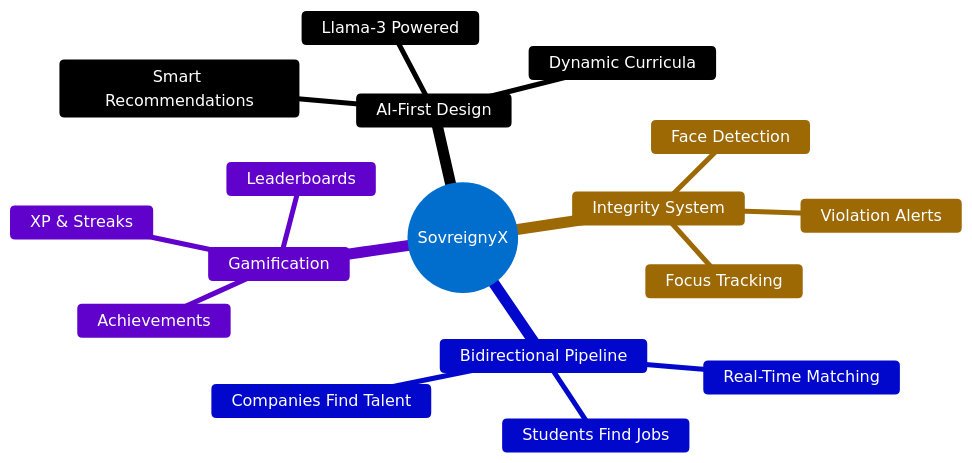
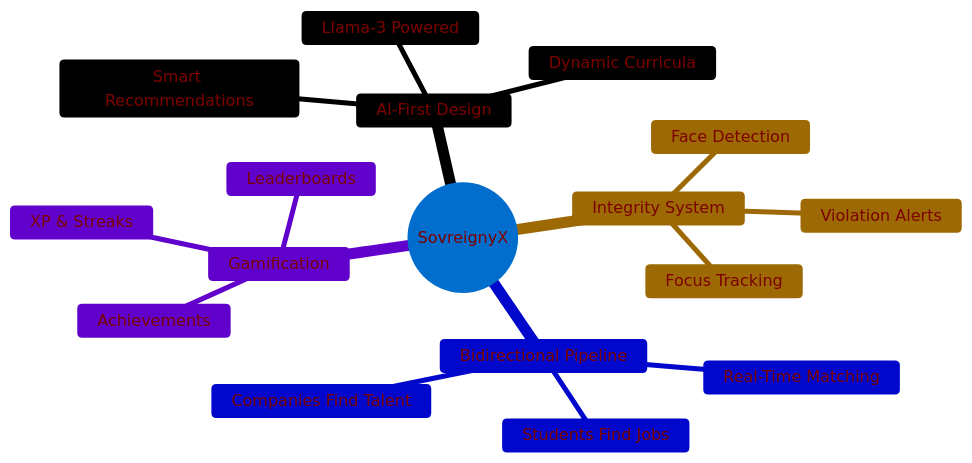
One commit to dhanasai2/SovreignyX_Final changed the first of 5 diagrams in README.md. Above: the diagram before and after it, drawn with Mermaid.

Commit message:
Modify Mermaid diagram theme variables
Updated theme variables in Mermaid diagram.

````diff
--- a/README.md
+++ b/README.md
@@ -169,21 +169,21 @@
 ```mermaid
-%%{init: {'theme':'base', 'themeVariables': { 'primaryColor':'#4facfe','primaryTextColor':'white','primaryBorderColor':'#7C0200','lineColor':'#F8B229','secondaryColor':'#006100','tertiaryColor':'#F8B229'}}}%%
+%%{init: {'theme':'base', 'themeVariables': { 'primaryColor':'#4facfe','primaryTextColor':'#7C0200','primaryBorderColor':'#7C0200','lineColor':'#F8B229','secondaryColor':'#006100','tertiaryColor':'#F8B229'}}}%%
 mindmap
   root((SovreignyX))
     AI-First Design
       Llama-3 Powered
       Dynamic Curricula
       Smart Recommendations
     Integrity System
       Face Detection
       Focus Tracking
       Violation Alerts
     Bidirectional Pipeline
       Students Find Jobs
       Companies Find Talent
       Real-Time Matching
     Gamification
       XP & Streaks
       Leaderboards
       Achievements
 ```
````
